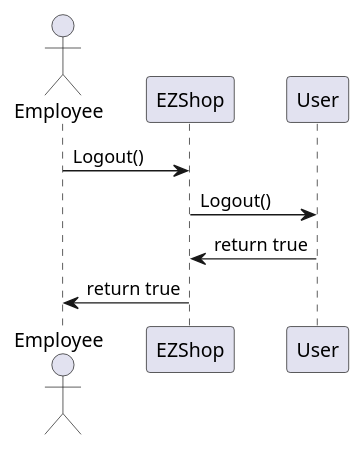
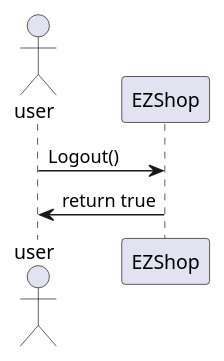
One commit to giuseppesalvi/ezshop changed diagram 17 of 28 in Deliverables/DesignDocument.md. Above: the diagram before and after it, drawn with PlantUML. The commit also changed other lines of this file, not shown here.

Commit message:
Update DesignDocument.md: sequence diagram, class diagram, package diagram

````diff
--- a/Deliverables/DesignDocument.md
+++ b/Deliverables/DesignDocument.md
@@ -514,11 +519,8 @@
 ```plantuml 
 @startuml
-Actor Employee
-participant EZShop
-participant User   
-Employee -> EZShop : Logout()
-EZShop -> User : Logout()
-EZShop <- User : return true
-Employee <- EZShop : return true
+Actor user
+participant EZShop   
+user -> EZShop : Logout()
+user <- EZShop : return true
 @enduml
 ```
````
